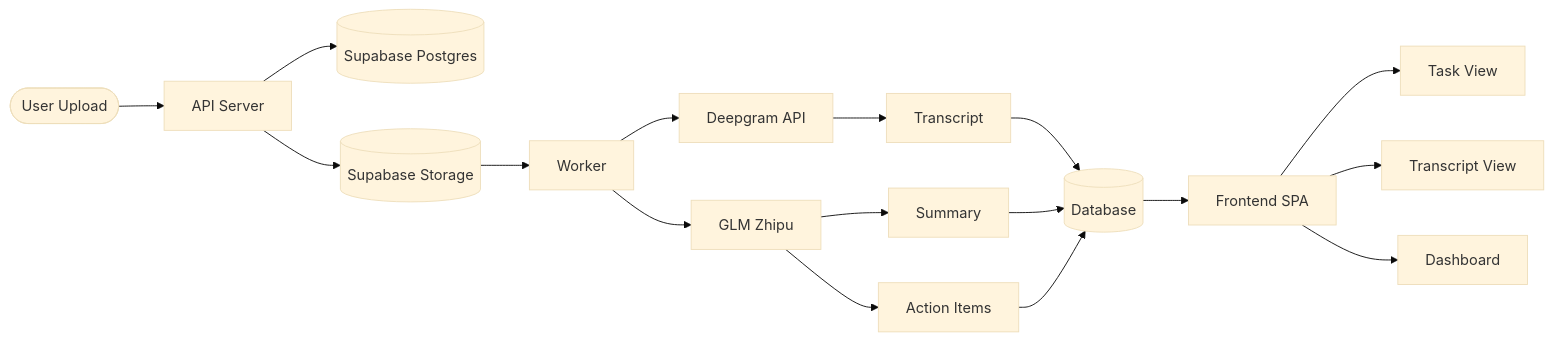
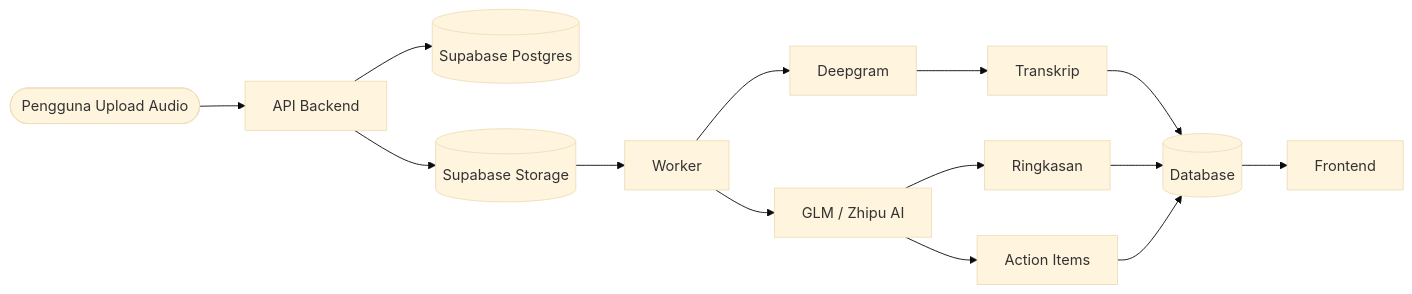
Before and after one commit to PIRANUSA-AI/taskit: the first of 2 diagrams in README.md, drawn with Mermaid (base theme). The commit also changed other lines of this file and 4 other files, not shown here.

````diff
--- a/README.md
+++ b/README.md
@@ -41,19 +46,16 @@
 ```mermaid
 flowchart LR
-    A([User Upload]) --> B[API Server]
+    A([Pengguna Upload Audio]) --> B[API Backend]
     B --> C[(Supabase Postgres)]
     B --> D[(Supabase Storage)]
     D --> E[Worker]
-    E --> F[Deepgram API]
-    E --> G[GLM Zhipu]
-    F --> H[Transcript]
-    G --> I[Summary]
+    E --> F[Deepgram]
+    E --> G[GLM / Zhipu AI]
+    F --> H[Transkrip]
+    G --> I[Ringkasan]
     G --> J[Action Items]
     H --> K[(Database)]
     I --> K
     J --> K
-    K --> L[Frontend SPA]
-    L --> M[Task View]
-    L --> N[Transcript View]
-    L --> O[Dashboard]
+    K --> L[Frontend]
 ```
````
